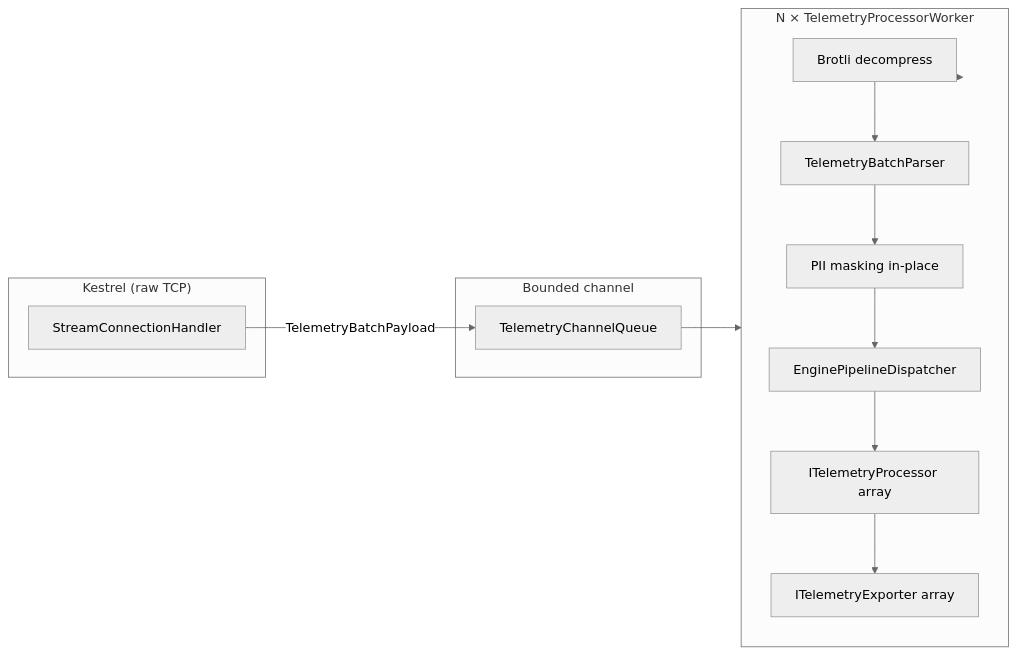
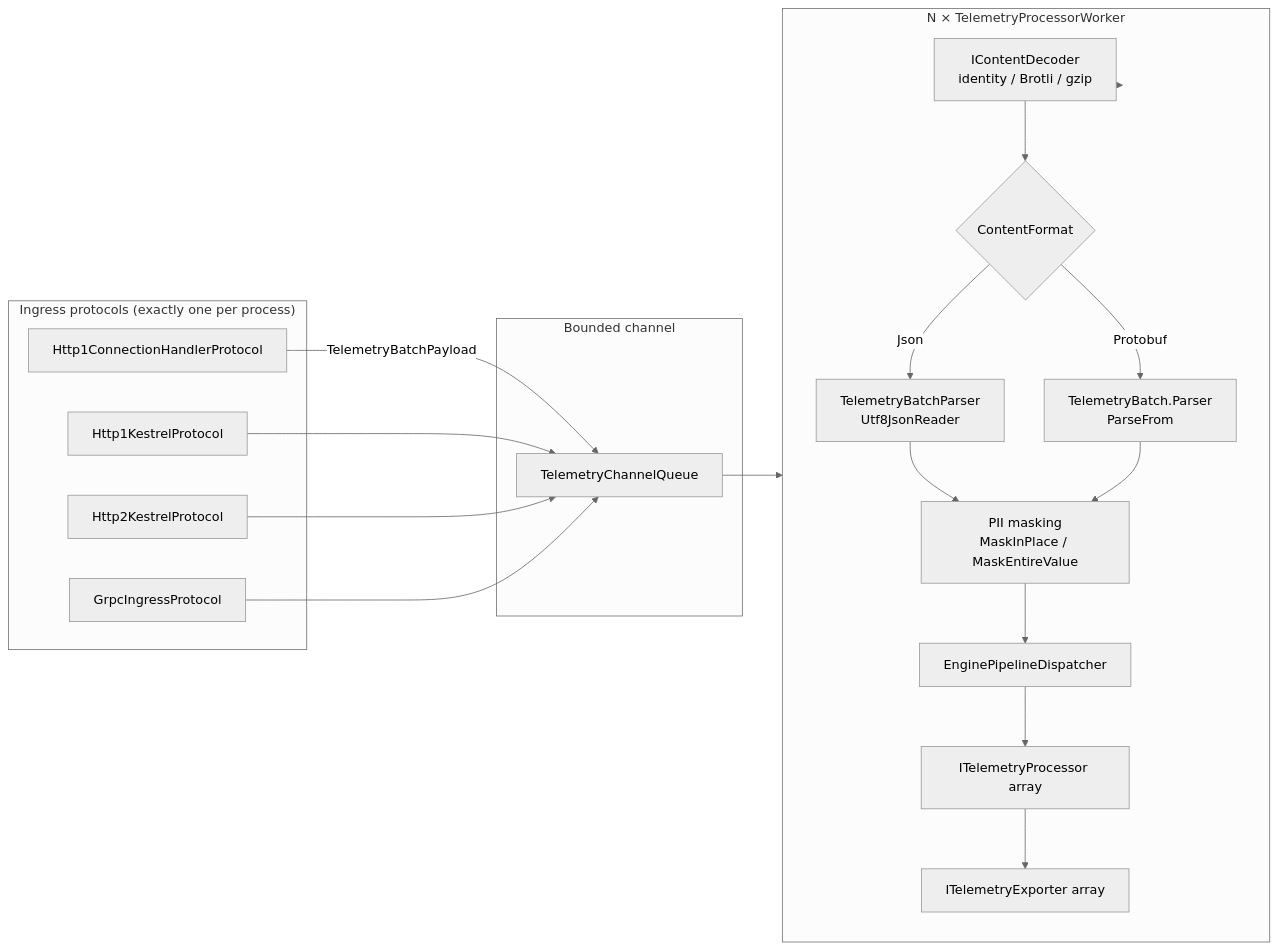
Before and after one commit to JohnVers/infrastream: the first of 2 diagrams in docs/architecture.md, drawn with Mermaid (neutral theme). The commit also changed other lines of this file, not shown here.

First line of the commit message:
docs(architecture): sync with H1/H2/gRPC and current pipeline

````diff
--- a/docs/architecture.md
+++ b/docs/architecture.md
@@ -42,24 +45,35 @@
 ```mermaid
 flowchart LR
-    subgraph Kestrel["Kestrel (raw TCP)"]
-        SCH[StreamConnectionHandler]
+    subgraph Ingress["Ingress protocols (exactly one per process)"]
+        H1CH[Http1ConnectionHandlerProtocol]
+        H1K[Http1KestrelProtocol]
+        H2K[Http2KestrelProtocol]
+        GRPC[GrpcIngressProtocol]
     end
 
     subgraph Queue["Bounded channel"]
         TCQ[TelemetryChannelQueue]
     end
 
     subgraph Workers["N × TelemetryProcessorWorker"]
         direction TB
-        DEC[Brotli decompress]
-        PARSE[TelemetryBatchParser]
-        MASK[PII masking in-place]
+        DEC[IContentDecoder<br/>identity / Brotli / gzip]
+        FMT{ContentFormat}
+        JSON[TelemetryBatchParser<br/>Utf8JsonReader]
+        PB[TelemetryBatch.Parser<br/>ParseFrom]
+        MASK[PII masking<br/>MaskInPlace / MaskEntireValue]
         DISP[EnginePipelineDispatcher]
         PROC[ITelemetryProcessor array]
         EXP[ITelemetryExporter array]
     end
 
-    SCH -->|TelemetryBatchPayload| TCQ
+    H1CH -->|TelemetryBatchPayload| TCQ
+    H1K --> TCQ
+    H2K --> TCQ
+    GRPC --> TCQ
     TCQ --> Workers
-    Workers --> DEC --> PARSE --> MASK --> DISP --> PROC --> EXP
+    Workers --> DEC --> FMT
+    FMT -->|Json| JSON --> MASK
+    FMT -->|Protobuf| PB --> MASK
+    MASK --> DISP --> PROC --> EXP
 ```
````
